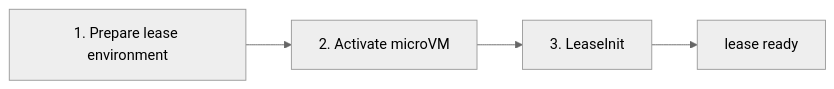
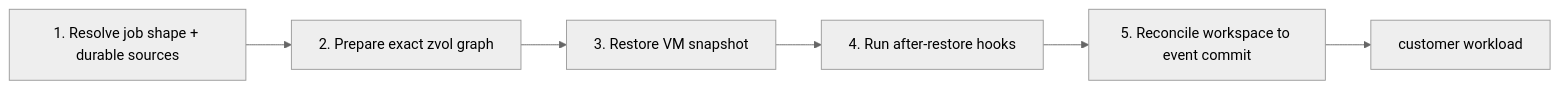
One commit to guardian-intelligence/verself changed the first of 6 diagrams in src/substrate/vm-orchestrator/docs/firecracker-snapshot-lifecycle.md. Above: the diagram before and after it, drawn with Mermaid (neutral theme). The commit also changed other lines of this file and 14 other files, not shown here.

````diff
--- a/src/substrate/vm-orchestrator/docs/firecracker-snapshot-lifecycle.md
+++ b/src/substrate/vm-orchestrator/docs/firecracker-snapshot-lifecycle.md
@@ -6,6 +10,8 @@
 ```mermaid
 flowchart LR
-    prepare["1. Prepare lease environment"] --> activate["2. Activate microVM"]
-    activate --> init["3. LeaseInit"]
-    init --> ready["lease ready"]
+    resolve["1. Resolve job shape + durable sources"] --> prepare["2. Prepare exact zvol graph"]
+    prepare --> restore["3. Restore VM snapshot"]
+    restore --> hooks["4. Run after-restore hooks"]
+    hooks --> checkout["5. Reconcile workspace to event commit"]
+    checkout --> workload["customer workload"]
 ```
````
